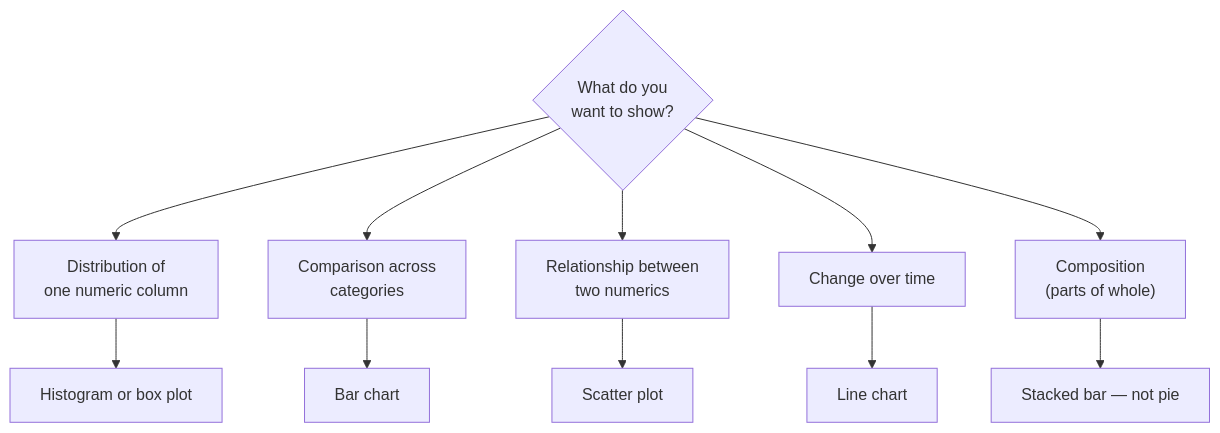
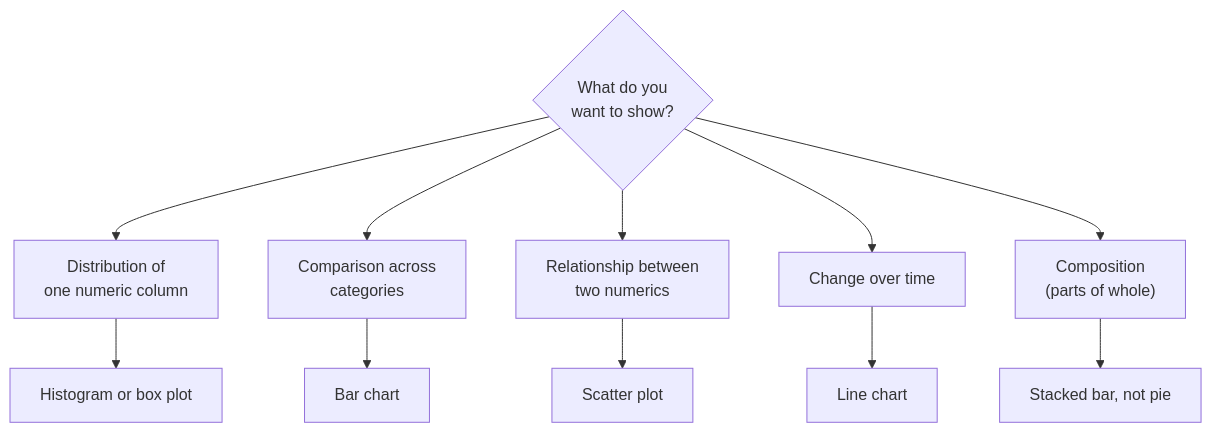
One commit to dataslope/dataslope changed the first of 2 diagrams in content/courses/data-analysis-python-pandas/visualization-basics.mdx. Above: the diagram before and after it, drawn with Mermaid. The commit also changed other lines of this file and 1206 other files, not shown here.

````diff
--- a/content/courses/data-analysis-python-pandas/visualization-basics.mdx
+++ b/content/courses/data-analysis-python-pandas/visualization-basics.mdx
@@ -253,9 +253,9 @@
 ```mermaid
 flowchart TB
   Q1{"What do you<br/>want to show?"}
   Q1 --> A1["Distribution of<br/>one numeric column"] --> H["Histogram or box plot"]
   Q1 --> A2["Comparison across<br/>categories"] --> B2["Bar chart"]
   Q1 --> A3["Relationship between<br/>two numerics"] --> S["Scatter plot"]
   Q1 --> A4["Change over time"] --> L["Line chart"]
-  Q1 --> A5["Composition<br/>(parts of whole)"] --> ST["Stacked bar — not pie"]
+  Q1 --> A5["Composition<br/>(parts of whole)"] --> ST["Stacked bar, not pie"]
 ```
````
